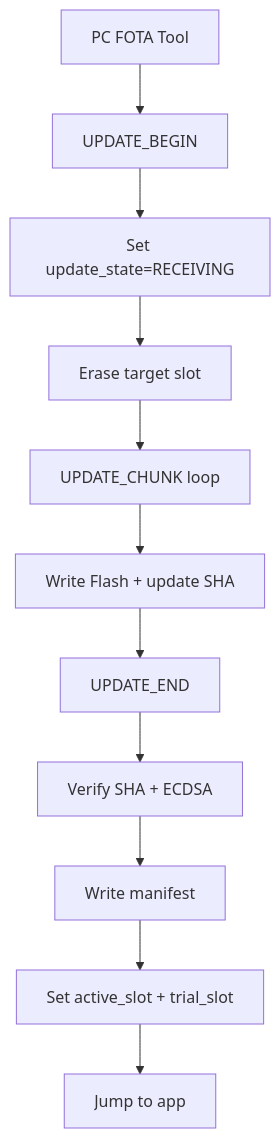
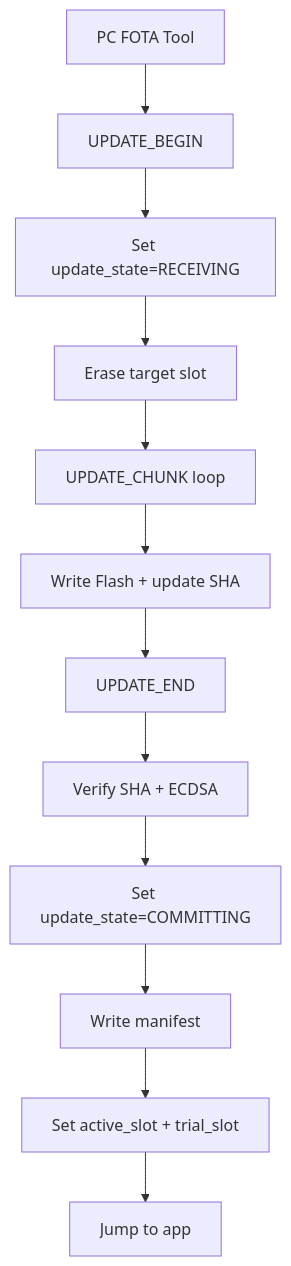
Before and after one commit to tiem-alpha/secure_bootloader: the fourth of 8 diagrams in README.md, drawn with Mermaid. The commit also changed other lines of this file and 4 other files, not shown here.

````diff
--- a/README.md
+++ b/README.md
@@ -486,13 +531,14 @@
 ```mermaid
 flowchart TD
     PC[PC FOTA Tool] --> BEGIN[UPDATE_BEGIN]
     BEGIN --> MARK[Set update_state=RECEIVING]
     MARK --> ERASE[Erase target slot]
     ERASE --> CHUNK[UPDATE_CHUNK loop]
     CHUNK --> WRITE[Write Flash + update SHA]
     WRITE --> END[UPDATE_END]
     END --> VERIFY[Verify SHA + ECDSA]
-    VERIFY --> MANIFEST[Write manifest]
+    VERIFY --> COMMIT[Set update_state=COMMITTING]
+    COMMIT --> MANIFEST[Write manifest]
     MANIFEST --> TRIAL[Set active_slot + trial_slot]
     TRIAL --> JUMP[Jump to app]
 ```
````
